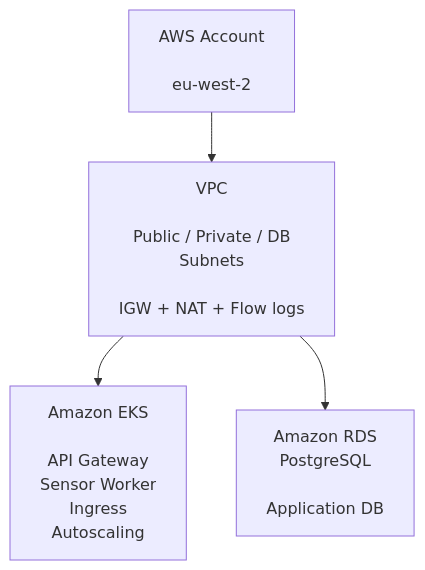
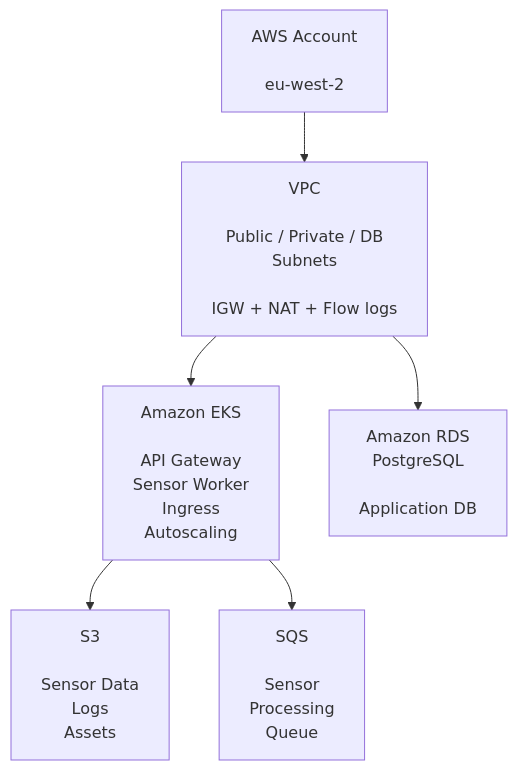
One commit to kenkaserebe/SmartCity changed the diagram in README.md. Above: the diagram before and after it, drawn with Mermaid.

Commit message:
README edited

````diff
--- a/README.md
+++ b/README.md
@@ -18,11 +18,15 @@
 ```mermaid
 flowchart TD
     A["AWS Account<br/><br/>eu-west-2"]
     B["VPC<br/><br/>Public / Private / DB<br/>Subnets<br/><br/>IGW + NAT + Flow logs"]
     C["Amazon EKS<br/><br/>API Gateway<br/>Sensor Worker<br/>Ingress<br/>Autoscaling"]
     D["Amazon RDS<br/>PostgreSQL<br/><br/>Application DB"]
+    E["S3<br/><br/>Sensor Data<br/>Logs<br/>Assets"]
+    F["SQS<br/><br/>Sensor<br/>Processing<br/>Queue"]
 
     A --> B
     B --> C
     B --> D
+    C --> E
+    C --> F
 ```
````
